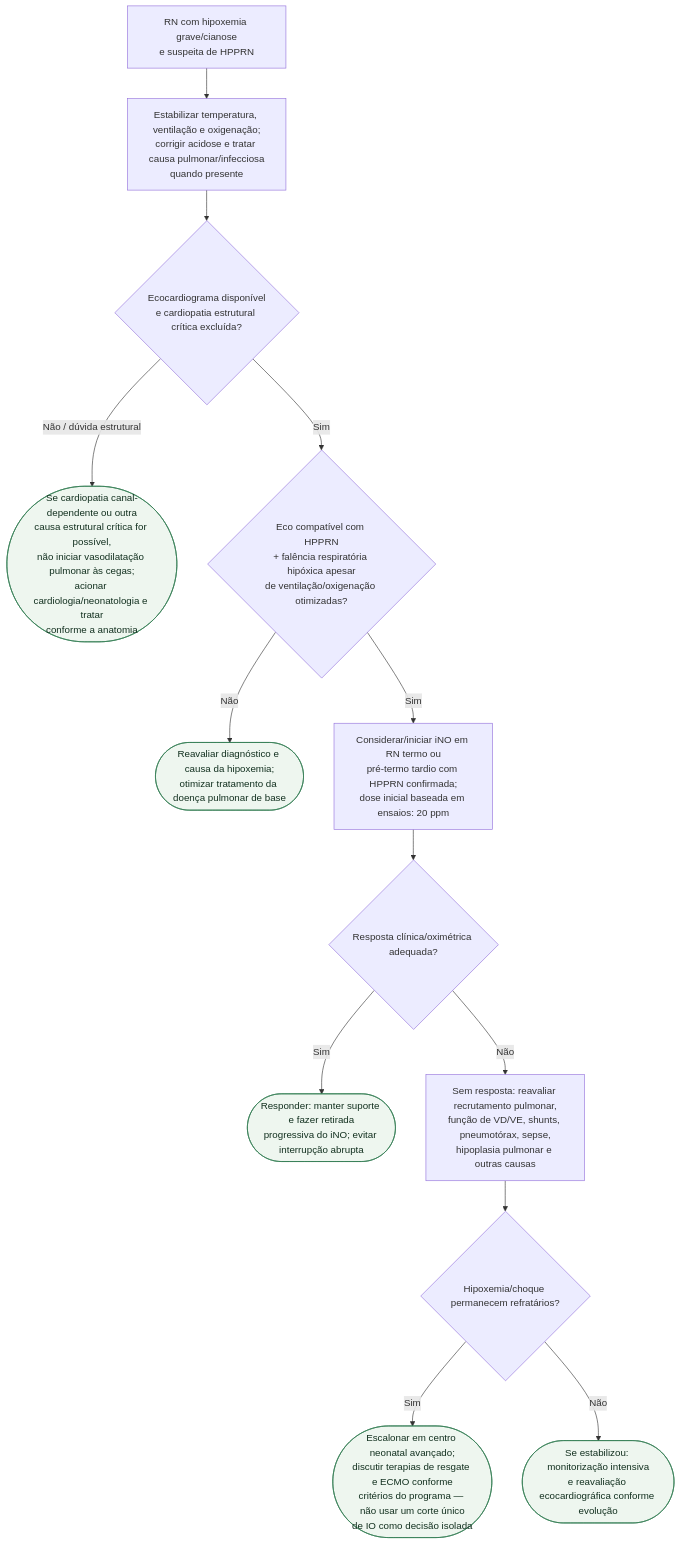
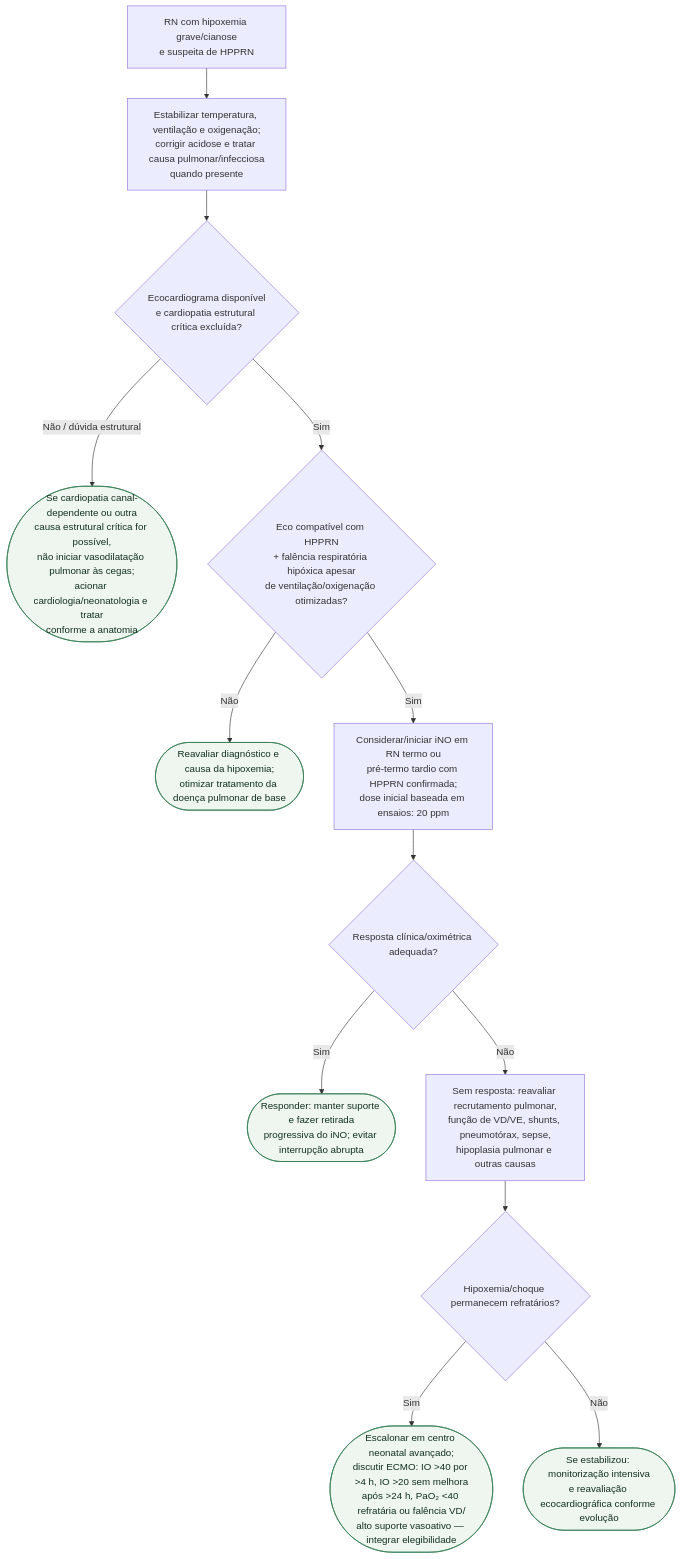
Before and after one commit to rafaelpaesmeirelles/MeuCardio: the diagram in content/Cardiologia_pediátrica/fluxograma-crise-de-hipertensao-pulmonar-persistente-do-recem-nascido.md, drawn with Mermaid. The commit also changed other lines of this file and 37 other files, not shown here.

````diff
--- a/content/Cardiologia_pediátrica/fluxograma-crise-de-hipertensao-pulmonar-persistente-do-recem-nascido.md
+++ b/content/Cardiologia_pediátrica/fluxograma-crise-de-hipertensao-pulmonar-persistente-do-recem-nascido.md
@@ -13,32 +18,32 @@
 ```mermaid
 flowchart TD
   R0["RN com hipoxemia grave/cianose<br/>e suspeita de HPPRN"]
   P1["Estabilizar temperatura, ventilação e oxigenação;<br/>corrigir acidose e tratar causa pulmonar/infecciosa<br/>quando presente"]
   D1{"Ecocardiograma disponível<br/>e cardiopatia estrutural crítica excluída?"}
   C1(["Se cardiopatia canal-dependente ou outra<br/>causa estrutural crítica for possível,<br/>não iniciar vasodilatação pulmonar às cegas;<br/>acionar cardiologia/neonatologia e tratar<br/>conforme a anatomia"])
   D2{"Eco compatível com HPPRN<br/>+ falência respiratória hipóxica apesar<br/>de ventilação/oxigenação otimizadas?"}
   C2(["Reavaliar diagnóstico e causa da hipoxemia;<br/>otimizar tratamento da doença pulmonar de base"])
   P2["Considerar/iniciar iNO em RN termo ou<br/>pré-termo tardio com HPPRN confirmada;<br/>dose inicial baseada em ensaios: 20 ppm"]
   D3{"Resposta clínica/oximétrica adequada?"}
   C3(["Responder: manter suporte e fazer retirada<br/>progressiva do iNO; evitar interrupção abrupta"])
   P3["Sem resposta: reavaliar recrutamento pulmonar,<br/>função de VD/VE, shunts, pneumotórax, sepse,<br/>hipoplasia pulmonar e outras causas"]
   D4{"Hipoxemia/choque permanecem refratários?"}
-  C4(["Escalonar em centro neonatal avançado;<br/>discutir terapias de resgate e ECMO conforme<br/>critérios do programa — não usar um corte único<br/>de IO como decisão isolada"])
+  C4(["Escalonar em centro neonatal avançado;<br/>discutir ECMO: IO >40 por >4 h, IO >20 sem melhora<br/>após >24 h, PaO₂ <40 refratária ou falência VD/<br/>alto suporte vasoativo — integrar elegibilidade"])
   C5(["Se estabilizou: monitorização intensiva<br/>e reavaliação ecocardiográfica conforme evolução"])
 
   R0 --> P1
   P1 --> D1
   D1 -->|"Não / dúvida estrutural"| C1
   D1 -->|"Sim"| D2
   D2 -->|"Não"| C2
   D2 -->|"Sim"| P2
   P2 --> D3
   D3 -->|"Sim"| C3
   D3 -->|"Não"| P3
   P3 --> D4
   D4 -->|"Sim"| C4
   D4 -->|"Não"| C5
 
   classDef conduta fill:#eef6ef,stroke:#2f7a4f,color:#12301f;
   class C1,C2,C3,C4,C5 conduta;
 ```
````
